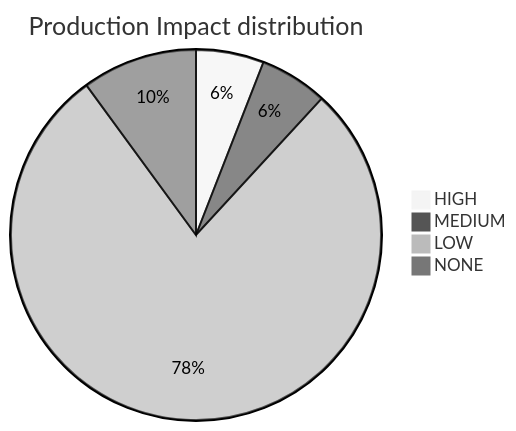
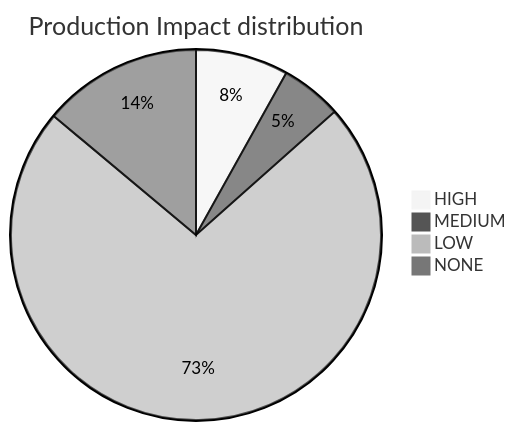
Before and after one commit to mikeybeezy/goldenpath-idp-infra: the diagram in PLATFORM_HEALTH.md, drawn with Mermaid (neutral theme). The commit also changed other lines of this file and 62 other files, not shown here.

````diff
--- a/PLATFORM_HEALTH.md
+++ b/PLATFORM_HEALTH.md
@@ -65,7 +65,7 @@
 ```mermaid
 pie title Production Impact distribution
-    "HIGH" : 33
+    "HIGH" : 50
     "MEDIUM" : 33
-    "LOW" : 435
-    "NONE" : 56
+    "LOW" : 449
+    "NONE" : 86
 ```
````
